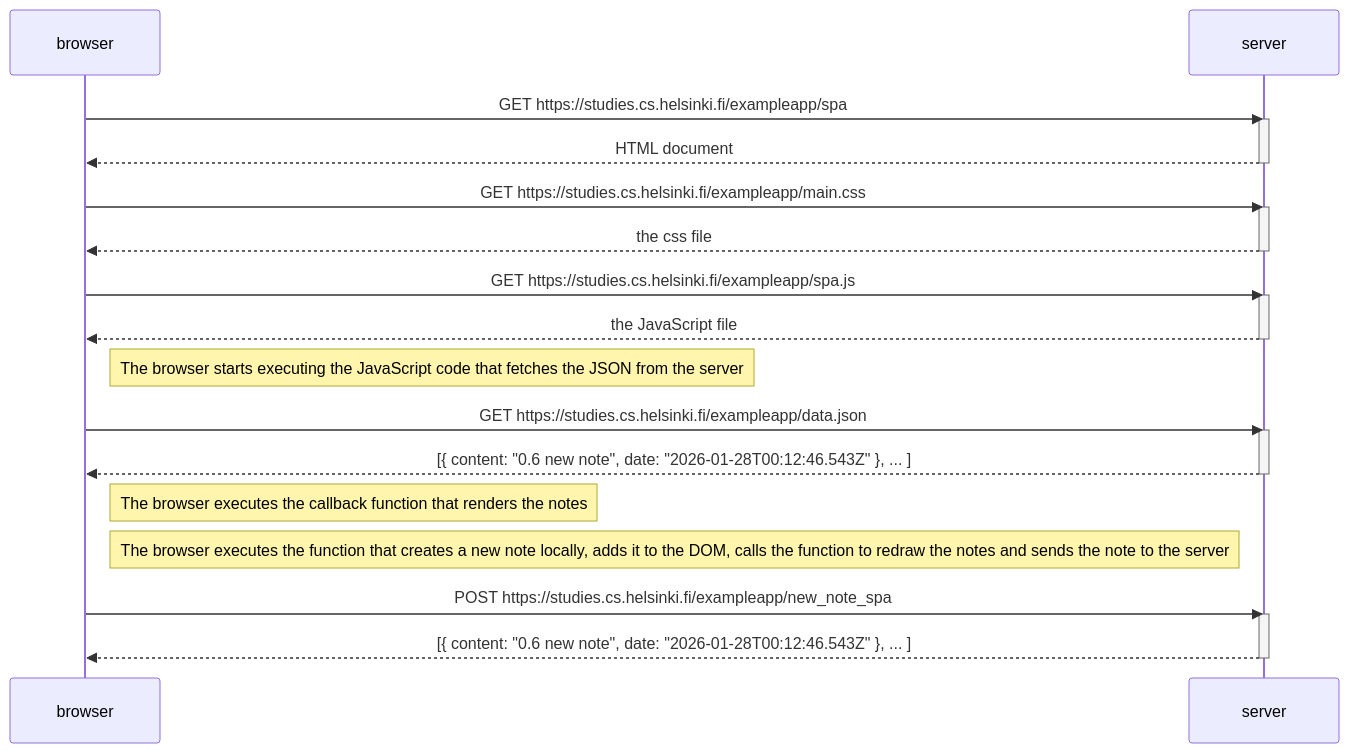
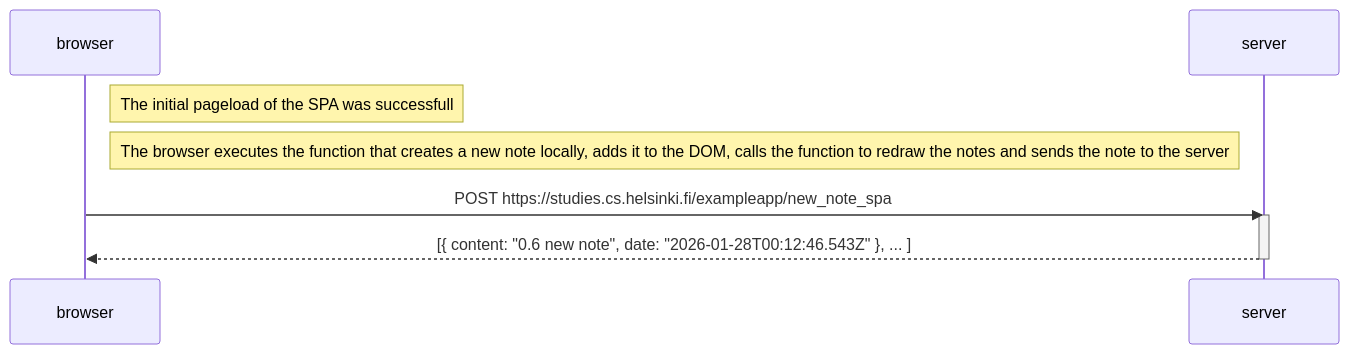
One commit to jakobsitory/full-stack-open changed the diagram in part0/ex06-spa-new-note-diagram.md. Above: the diagram before and after it, drawn with Mermaid. The commit also changed 1 other file, not shown here.

Commit message:
added diagram for creating new note in spa; dcluttered all diagrams to be more focussed

````diff
--- a/part0/ex06-spa-new-note-diagram.md
+++ b/part0/ex06-spa-new-note-diagram.md
@@ -1,38 +1,13 @@
 ``` mermaid
 sequenceDiagram
     participant browser
     participant server
 
-    browser->>server: GET https://studies.cs.helsinki.fi/exampleapp/spa
-    activate server
-    server-->>browser: HTML document
-    deactivate server
-
-    browser->>server: GET https://studies.cs.helsinki.fi/exampleapp/main.css
-    activate server
-    server-->>browser: the css file
-    deactivate server
-
-    browser->>server: GET https://studies.cs.helsinki.fi/exampleapp/spa.js
-    activate server
-    server-->>browser: the JavaScript file
-    deactivate server
-
-    Note right of browser: The browser starts executing the JavaScript code that fetches the JSON from the server
-
-    browser->>server: GET https://studies.cs.helsinki.fi/exampleapp/data.json
-    activate server
-    server-->>browser: [{ content: "0.6 new note", date: "2026-01-28T00:12:46.543Z" }, ... ]
-    deactivate server
-
-    Note right of browser: The browser executes the callback function that renders the notes
+    Note right of browser: The initial pageload of the SPA was successfull
     Note right of browser: The browser executes the function that creates a new note locally, adds it to the DOM, calls the function to redraw the notes and sends the note to the server
 
     browser->>server: POST https://studies.cs.helsinki.fi/exampleapp/new_note_spa
     activate server
     server-->>browser: [{ content: "0.6 new note", date: "2026-01-28T00:12:46.543Z" }, ... ]
     deactivate server
-
-
-
 ```
````
